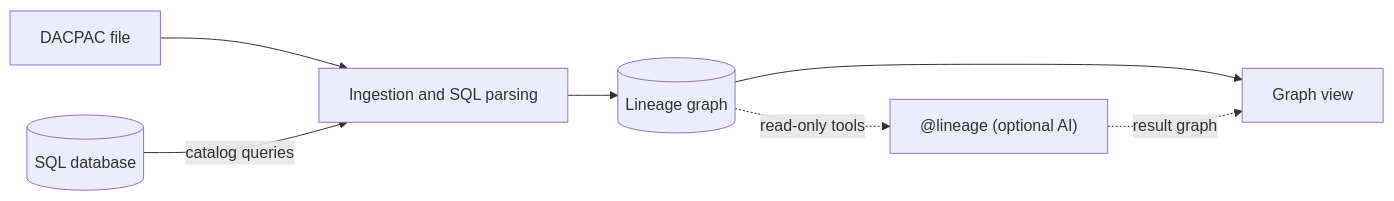
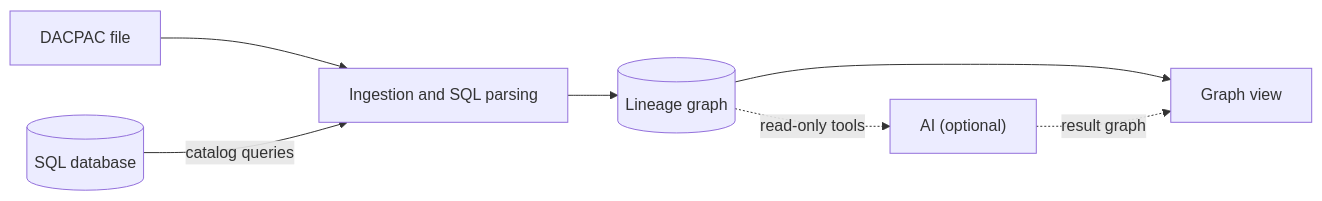
Before and after one commit to ChrisDevRepo/vscode_data_lineage: the first of 2 diagrams in docs/ARCHITECTURE.md, drawn with Mermaid. The commit also changed other lines of this file and 48 other files, not shown here.

````diff
--- a/docs/ARCHITECTURE.md
+++ b/docs/ARCHITECTURE.md
@@ -26,9 +25,9 @@
 ```mermaid
 flowchart LR
     DAC[DACPAC file] --> ING[Ingestion and SQL parsing]
     DB[(SQL database)] -->|catalog queries| ING
     ING --> MODEL[(Lineage graph)]
     MODEL --> VIEW[Graph view]
-    MODEL -.->|read-only tools| AGENT["@lineage (optional AI)"]
+    MODEL -.->|read-only tools| AGENT["AI (optional)"]
     AGENT -.->|result graph| VIEW
 ```
````
